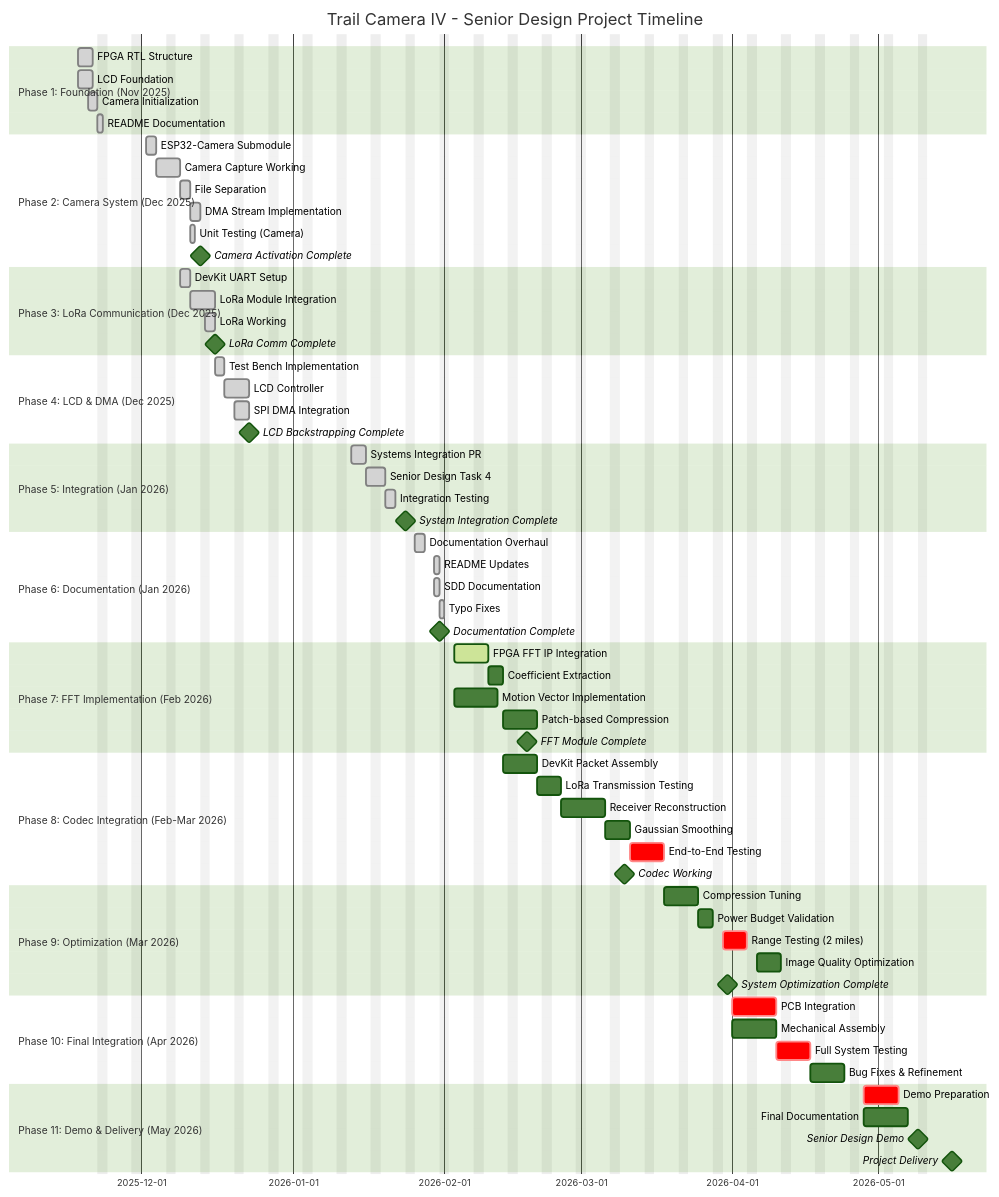
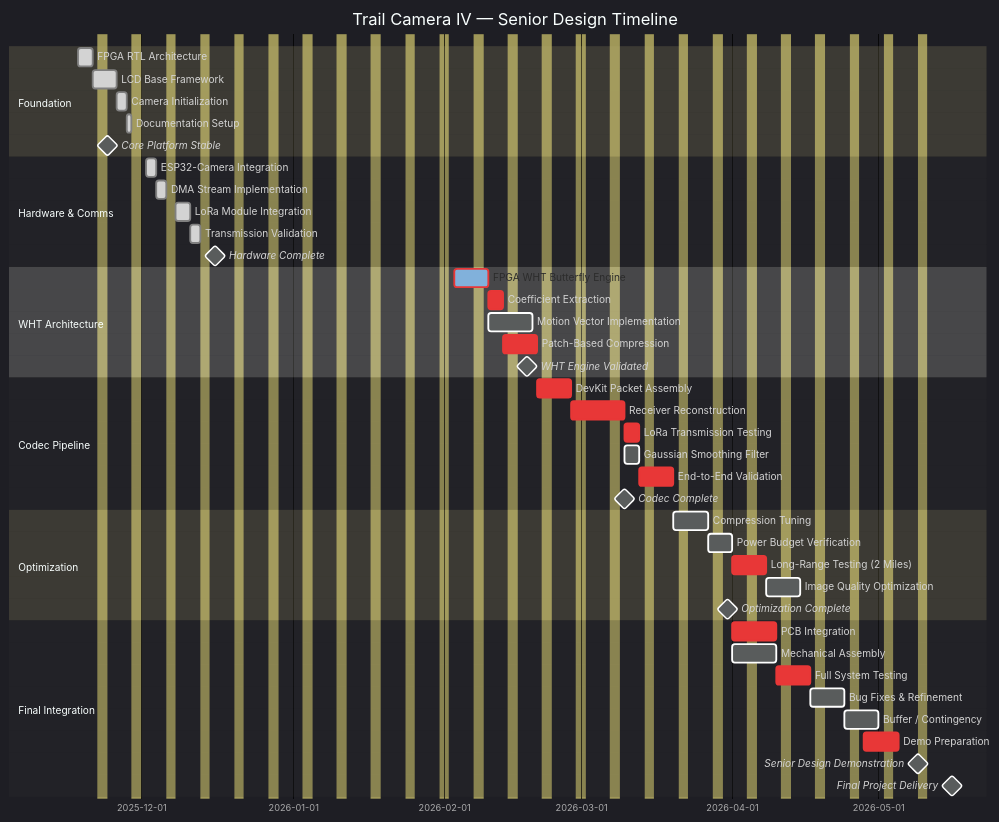
Before and after one commit to ColeZenk/SD403_TrailCamera_NDSU: the second of 2 diagrams in README.md, drawn with Mermaid. The commit also changed other lines of this file and 2 other files, not shown here.

Commit message:
Update to README

````diff
--- a/README.md
+++ b/README.md
@@ -68,80 +68,74 @@
 ```mermaid
-%%{init: {'theme':'forest'}}%%
+---
+config:
+  theme: dark
+---
 gantt
+    title Trail Camera IV — Senior Design Timeline
     dateFormat  YYYY-MM-DD
-    title       Trail Camera IV - Senior Design Project Timeline
     excludes    weekends
 
-    section Phase 1: Foundation (Nov 2025)
-    FPGA RTL Structure           :done,    fpga1, 2025-11-18, 3d
-    LCD Foundation               :done,    lcd1, 2025-11-18, 3d
-    Camera Initialization        :done,    cam1, 2025-11-20, 2d
-    README Documentation         :done,    doc1, 2025-11-22, 1d
+    %% ================================
+    %% FOUNDATION
+    %% ================================
+    section Foundation
+    FPGA RTL Architecture           :done,  fpga1, 2025-11-18, 3d
+    LCD Base Framework              :done,  lcd1,  after fpga1, 3d
+    Camera Initialization           :done,  cam1,  after lcd1, 2d
+    Documentation Setup             :done,  doc1,  after cam1, 1d
+    Core Platform Stable               :milestone, core1, 2025-11-24, 0d
 
-    section Phase 2: Camera System (Dec 2025)
-    ESP32-Camera Submodule       :done,    sub1, 2025-12-02, 2d
-    Camera Capture Working       :done,    cam2, 2025-12-04, 3d
-    File Separation              :done,    file1, 2025-12-09, 2d
-    DMA Stream Implementation    :done,    dma1, 2025-12-11, 2d
-    Unit Testing (Camera)        :done,    test1, 2025-12-11, 1d
-    Camera Activation Complete   :milestone, m1, 2025-12-13, 0d
+    %% ================================
+    %% HARDWARE TRACK
+    %% ================================
+    section Hardware & Comms
+    ESP32-Camera Integration        :done,  sub1,  2025-12-02, 2d
+    DMA Stream Implementation       :done,  dma1,  after sub1, 2d
+    LoRa Module Integration         :done,  lora1, after dma1, 3d
+    Transmission Validation         :done,  lora2, after lora1, 2d
+    Hardware Complete                  :milestone, hw1, 2025-12-16, 0d
 
-    section Phase 3: LoRa Communication (Dec 2025)
-    DevKit UART Setup            :done,    uart1, 2025-12-09, 2d
-    LoRa Module Integration      :done,    lora1, 2025-12-11, 3d
-    LoRa Working                 :done,    lora2, 2025-12-14, 2d
-    LoRa Comm Complete           :milestone, m2, 2025-12-16, 0d
+    %% ================================
+    %% WHT ENGINE
+    %% ================================
+    section WHT Architecture
+    FPGA WHT Butterfly Engine       :active, crit, fft1, 2026-02-03, 5d
+    Coefficient Extraction          :crit,   fft2, after fft1, 3d
+    Motion Vector Implementation    :        motion1, after fft1, 7d
+    Patch-Based Compression         :crit,   patch1, after fft2, 5d
+    WHT Engine Validated               :milestone, m6, 2026-02-18, 0d
 
-    section Phase 4: LCD & DMA (Dec 2025)
-    Test Bench Implementation    :done,    test2, 2025-12-16, 2d
-    LCD Controller               :done,    lcd2, 2025-12-18, 3d
-    SPI DMA Integration          :done,    dma2, 2025-12-20, 2d
-    LCD Backstrapping Complete   :milestone, m3, 2025-12-23, 0d
+    %% ================================
+    %% CODEC PIPELINE
+    %% ================================
+    section Codec Pipeline
+    DevKit Packet Assembly          :crit,   codec1, after patch1, 5d
+    Receiver Reconstruction         :crit,   codec3, after codec1, 7d
+    LoRa Transmission Testing       :crit,   codec2, after codec3, 3d
+    Gaussian Smoothing Filter       :        codec4, after codec3, 3d
+    End-to-End Validation           :crit,   test3,  after codec2, 5d
+    Codec Complete                     :milestone, m7, 2026-03-10, 0d
 
-    section Phase 5: Integration (Jan 2026)
-    Systems Integration PR       :done,    int1, 2026-01-13, 3d
-    Senior Design Task 4         :done,    task4, 2026-01-16, 2d
-    Integration Testing          :done,    int2, 2026-01-20, 2d
-    System Integration Complete  :milestone, m4, 2026-01-24, 0d
+    %% ================================
+    %% OPTIMIZATION
+    %% ================================
+    section Optimization
+    Compression Tuning              :        opt1, after test3, 5d
+    Power Budget Verification       :        opt2, after opt1, 3d
+    Long-Range Testing (2 Miles)    :crit,   range1, after opt2, 5d
+    Image Quality Optimization      :        opt3, after range1, 5d
+    Optimization Complete              :milestone, m8, 2026-03-31, 0d
 
-    section Phase 6: Documentation (Jan 2026)
-    Documentation Overhaul       :done,    doc2, 2026-01-26, 2d
-    README Updates               :done,    doc3, 2026-01-30, 1d
-    SDD Documentation            :done,    doc4, 2026-01-30, 1d
-    Typo Fixes                   :done,    doc5, 2026-01-31, 1d
-    Documentation Complete       :milestone, m5, 2026-01-31, 0d
-
-    section Phase 7: FFT Implementation (Feb 2026)
-    FPGA FFT IP Integration      :active,  fft1, 2026-02-03, 5d
-    Coefficient Extraction       :         fft2, after fft1, 3d
-    Motion Vector Implementation :         motion1, 2026-02-03, 7d
-    Patch-based Compression      :         patch1, after fft2, 5d
-    FFT Module Complete          :milestone, m6, 2026-02-18, 0d
-
-    section Phase 8: Codec Integration (Feb-Mar 2026)
-    DevKit Packet Assembly       :         codec1, after fft2, 5d
-    LoRa Transmission Testing    :         codec2, after codec1, 3d
-    Receiver Reconstruction      :         codec3, after codec2, 7d
-    Gaussian Smoothing           :         codec4, after codec3, 3d
-    End-to-End Testing           :crit,    test3, after codec4, 5d
-    Codec Working                :milestone, m7, 2026-03-10, 0d
-
-    section Phase 9: Optimization (Mar 2026)
-    Compression Tuning           :         opt1, after test3, 5d
-    Power Budget Validation      :         opt2, after opt1, 3d
-    Range Testing (2 miles)      :crit,    range1, after opt2, 5d
-    Image Quality Optimization   :         opt3, after range1, 5d
-    System Optimization Complete :milestone, m8, 2026-03-31, 0d
-
-    section Phase 10: Final Integration (Apr 2026)
-    PCB Integration              :crit,    pcb1, 2026-04-01, 7d
-    Mechanical Assembly          :         mech1, 2026-04-01, 7d
-    Full System Testing          :crit,    test4, after pcb1, 5d
-    Bug Fixes & Refinement       :         bug1, after test4, 5d
-
-    section Phase 11: Demo & Delivery (May 2026)
-    Demo Preparation             :crit,    demo1, 2026-04-28, 5d
-    Final Documentation          :         doc6, 2026-04-28, 7d
-    Senior Design Demo           :milestone, demo2, 2026-05-09, 0d
-    Project Delivery             :milestone, m9, 2026-05-16, 0d
+    %% ================================
+    %% FINAL DELIVERY
+    %% ================================
+    section Final Integration
+    PCB Integration                    :crit,   pcb1, 2026-04-01, 7d
+    Mechanical Assembly                :        mech1, 2026-04-01, 7d
+    Full System Testing             :crit,   test4, after pcb1, 5d
+    Bug Fixes & Refinement          :        bug1,  after test4, 5d
+    Buffer / Contingency            :        buffer1, after bug1, 5d
+    Demo Preparation                :crit,   demo1, 2026-04-28, 5d
+    Senior Design Demonstration     :milestone, demo2, 2026-05-09, 0d
+    Final Project Delivery          :milestone, m9, 2026-05-16, 0d
 ```
````
